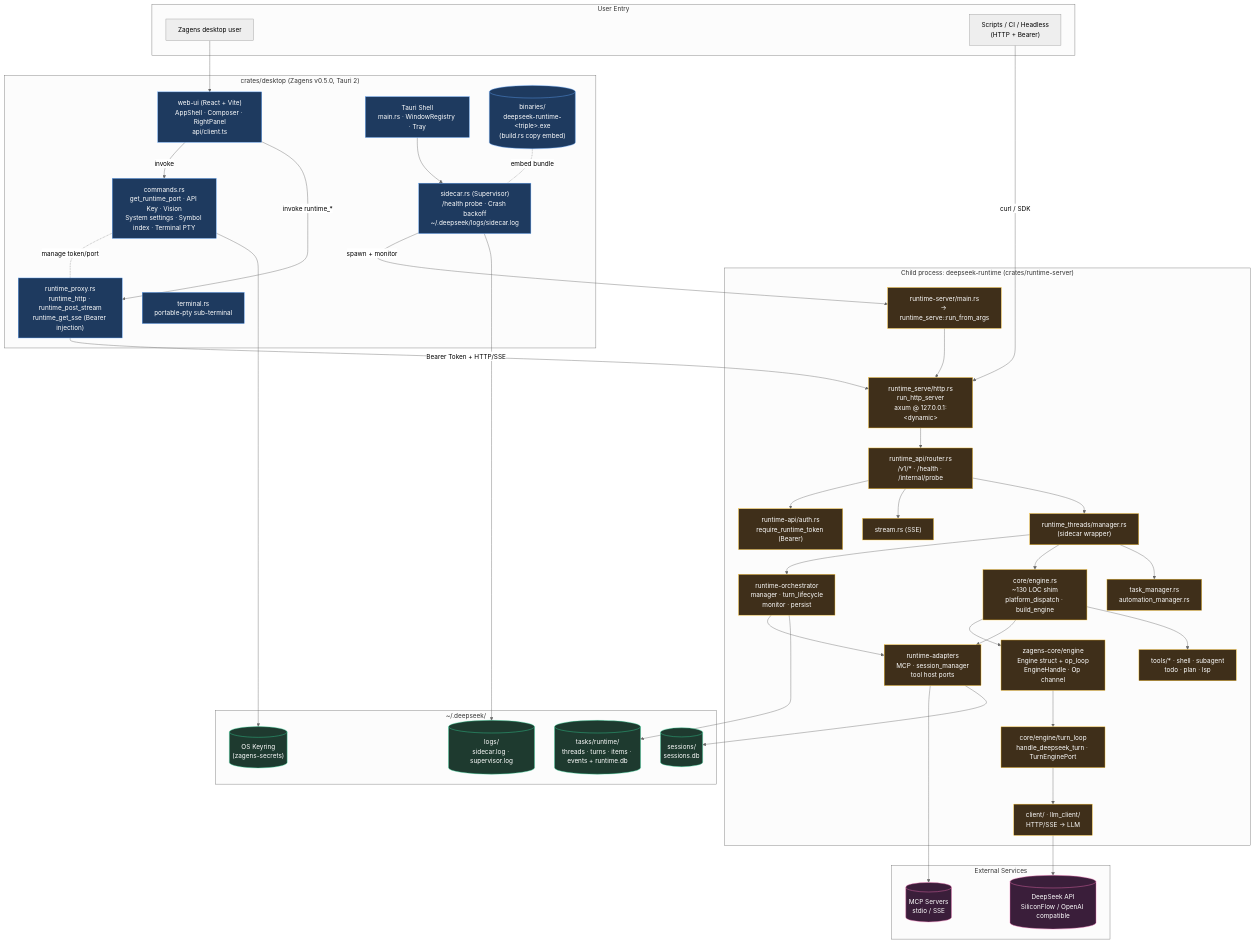
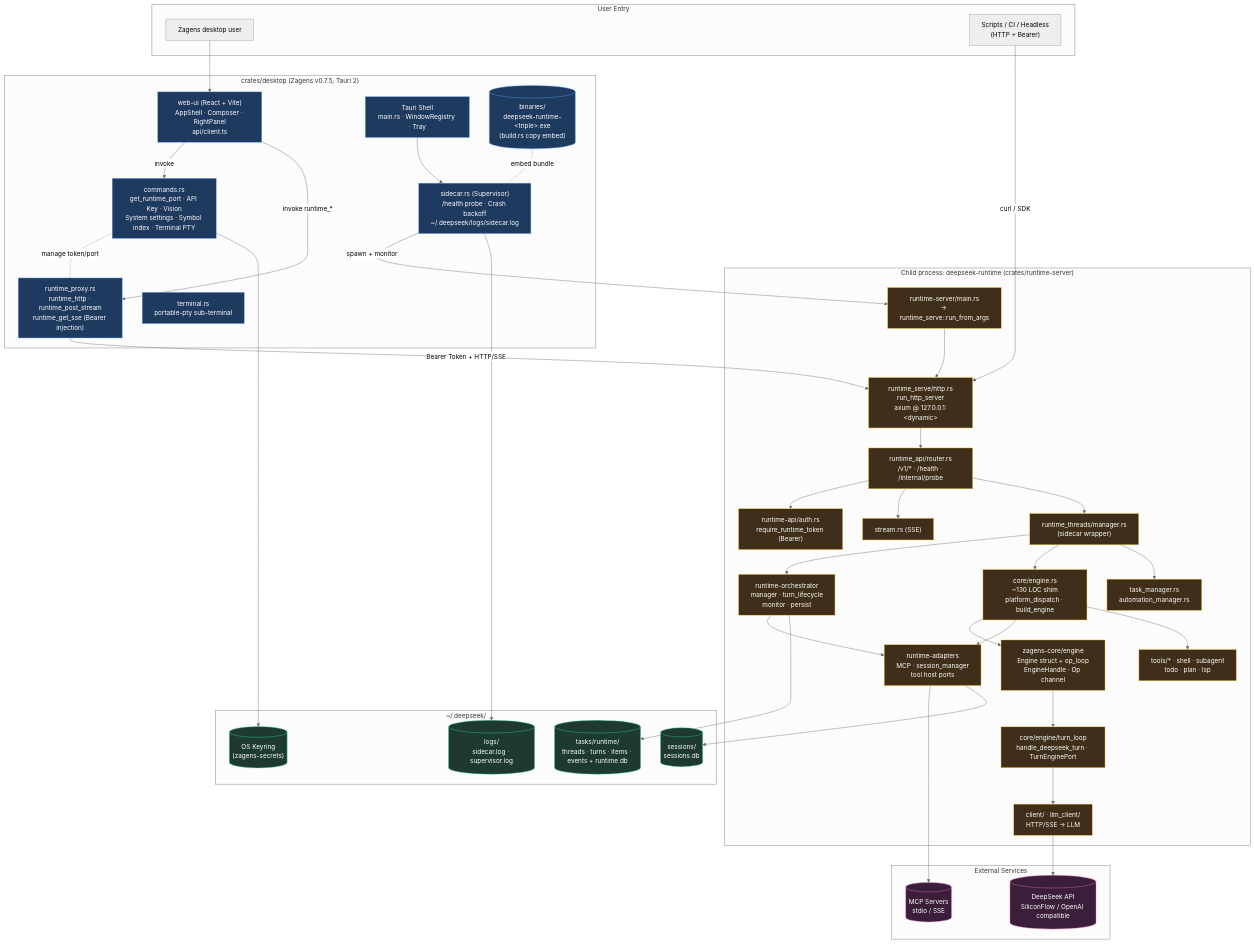
One commit to didclawapp-ai/zagens changed the second of 6 diagrams in docs/tech/RUNTIME_ARCHITECTURE.md. Above: the diagram before and after it, drawn with Mermaid (neutral theme). The commit also changed other lines of this file and 3 other files, not shown here.

```diff
--- a/docs/tech/RUNTIME_ARCHITECTURE.md
+++ b/docs/tech/RUNTIME_ARCHITECTURE.md
@@ -133,7 +131,7 @@
         U3["Scripts / CI / Headless<br/>(HTTP + Bearer)"]
     end
 
-    subgraph desktop_pkg["crates/desktop  (Zagens v0.5.0, Tauri 2)"]
+    subgraph desktop_pkg["crates/desktop  (Zagens v0.7.5, Tauri 2)"]
         WEB["web-ui (React + Vite)<br/>AppShell · Composer · RightPanel<br/>api/client.ts"]
         TAURI["Tauri Shell<br/>main.rs · WindowRegistry · Tray"]
         CMDS["commands.rs<br/>get_runtime_port · API Key · Vision<br/>System settings · Symbol index · Terminal PTY"]
```
